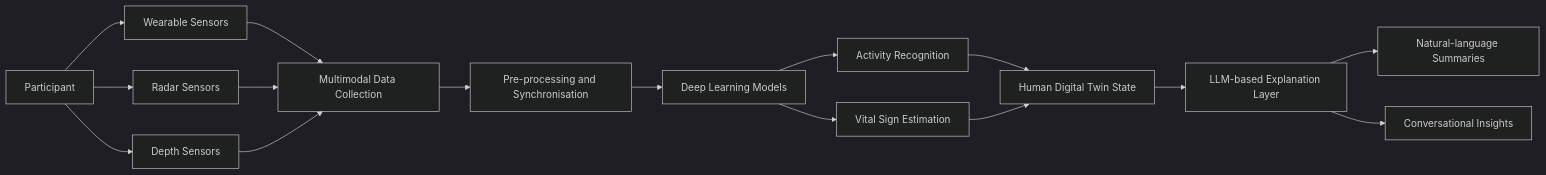
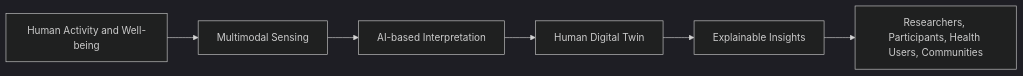
The first of 3 diagrams in README.md (Ubiweb-lab/HDT-Intelligence), drawn with Mermaid (dark theme) before and after one commit. The commit also changed other lines of this file, not shown here.

````diff
--- a/README.md
+++ b/README.md
@@ -59,20 +84,8 @@
 ```mermaid
 flowchart LR
-    A[Participant] --> B[Wearable Sensors]
-    A --> C[Radar Sensors]
-    A --> D[Depth Sensors]
-
-    B --> E[Multimodal Data Collection]
-    C --> E
-    D --> E
-
-    E --> F[Pre-processing and Synchronisation]
-    F --> G[Deep Learning Models]
-    G --> H[Activity Recognition]
-    G --> I[Vital Sign Estimation]
-    H --> J[Human Digital Twin State]
-    I --> J
-    J --> K[LLM-based Explanation Layer]
-    K --> L[Natural-language Summaries]
-    K --> M[Conversational Insights]
+    A[Human Activity and Well-being] --> B[Multimodal Sensing]
+    B --> C[AI-based Interpretation]
+    C --> D[Human Digital Twin]
+    D --> E[Explainable Insights]
+    E --> F[Researchers, Participants, Health Users, Communities]
 ```
````
